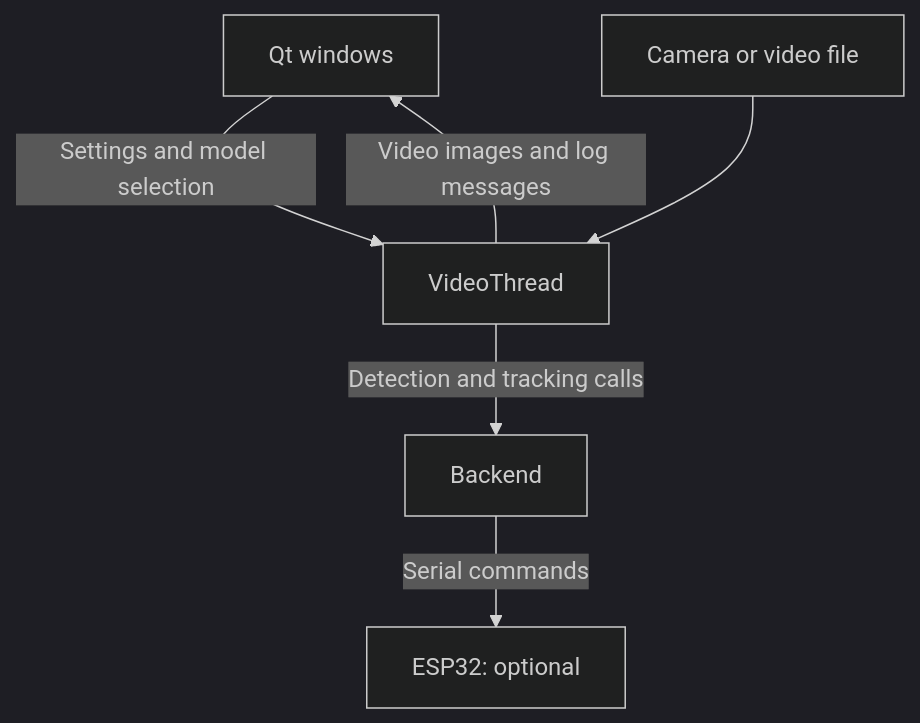
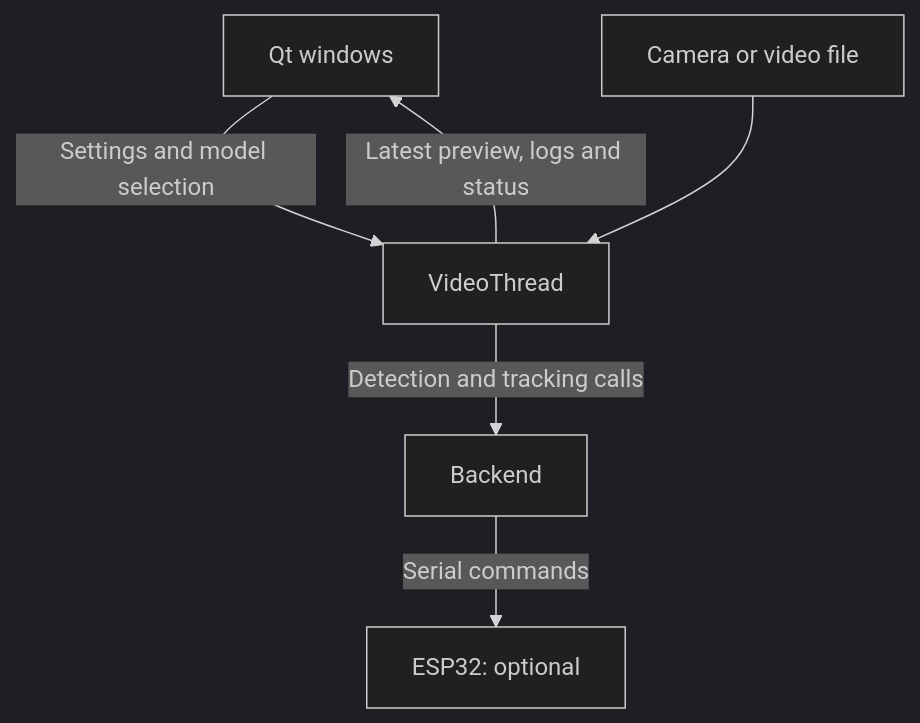
Before and after one commit to Bdkelly/Camman: the diagram in frontend/README.md, drawn with Mermaid (dark theme). The commit also changed other lines of this file and 20 other files, not shown here.

````diff
--- a/frontend/README.md
+++ b/frontend/README.md
@@ -16,8 +16,8 @@
 ```mermaid
 flowchart TD
     UI["Qt windows"] -->|Settings and model selection| Worker["VideoThread"]
     Source["Camera or video file"] --> Worker
     Worker -->|Detection and tracking calls| Core["Backend"]
     Core -->|Serial commands| Hardware["ESP32: optional"]
-    Worker -->|Video images and log messages| UI
+    Worker -->|Latest preview, logs and status| UI
 ```
````
